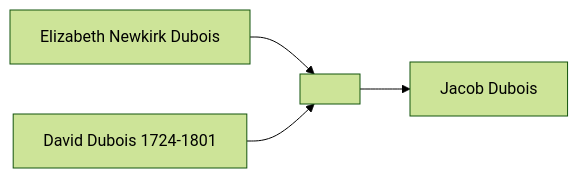
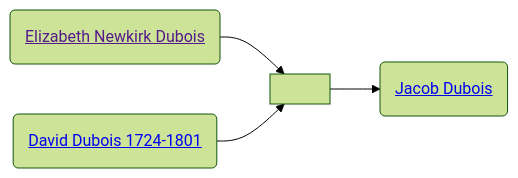
One commit to neelsmith/avocational changed the diagram in familyhistory/sources/people/Henderson-line/Dubois-line/Elizabeth_Newkirk_Dubois.qmd. Above: the diagram before and after it, drawn with Mermaid (forest theme). The commit also changed 71 other files, not shown here.

````diff
--- a/familyhistory/sources/people/Henderson-line/Dubois-line/Elizabeth_Newkirk_Dubois.qmd
+++ b/familyhistory/sources/people/Henderson-line/Dubois-line/Elizabeth_Newkirk_Dubois.qmd
@@ -26,6 +26,11 @@
 ```{mermaid}
 graph LR
-Elizabeth_Newkirk_Dubois[Elizabeth Newkirk Dubois] --> Elizabeth_Newkirk_Dubois+David_Dubois_1724-1801[ ]
-David_Dubois_1724-1801[David Dubois 1724-1801] --> Elizabeth_Newkirk_Dubois+David_Dubois_1724-1801[ ]
-Elizabeth_Newkirk_Dubois+David_Dubois_1724-1801[ ] --> Jacob_Dubois[Jacob Dubois]
+class Elizabeth_Newkirk_Dubois_and_David_Dubois_1724-1801 marriage
+Elizabeth_Newkirk_Dubois(<a href=''>Elizabeth Newkirk Dubois</>) --> Elizabeth_Newkirk_Dubois_and_David_Dubois_1724-1801[ ]
+David_Dubois_1724-1801(<a href='./David_Dubois_1724-1801.html'>David Dubois 1724-1801</>) --> Elizabeth_Newkirk_Dubois_and_David_Dubois_1724-1801(( ))
+Elizabeth_Newkirk_Dubois_and_David_Dubois_1724-1801[ ] --> Jacob_Dubois(<a href='./Jacob_Dubois.html'>Jacob Dubois</>)
+classDef mother fill:#ffd1dc
+classDef father fill:#daf0f7  
+classDef marriage fill:#ffffff
+
 ```
````
